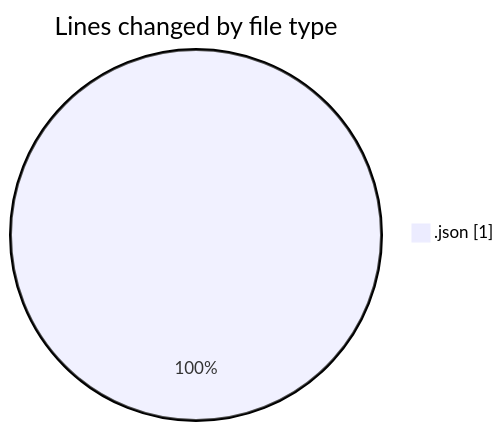
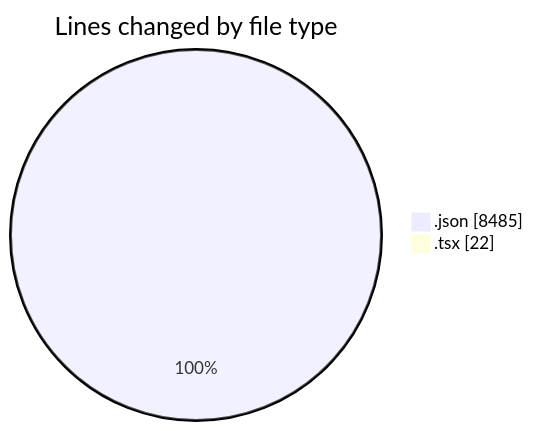
Before and after one commit to JenPaints/code-tracking: the first of 2 diagrams in 2025-07-04/untitled__workspace_/README.md, drawn with Mermaid. The commit also changed other lines of this file and 1 other file, not shown here.

````diff
--- a/2025-07-04/untitled__workspace_/README.md
+++ b/2025-07-04/untitled__workspace_/README.md
@@ -20,5 +24,6 @@
 ```mermaid
 pie showData
 title Lines changed by file type
-".json" : 1
+".json" : 8485
+".tsx" : 22
 ```
````
